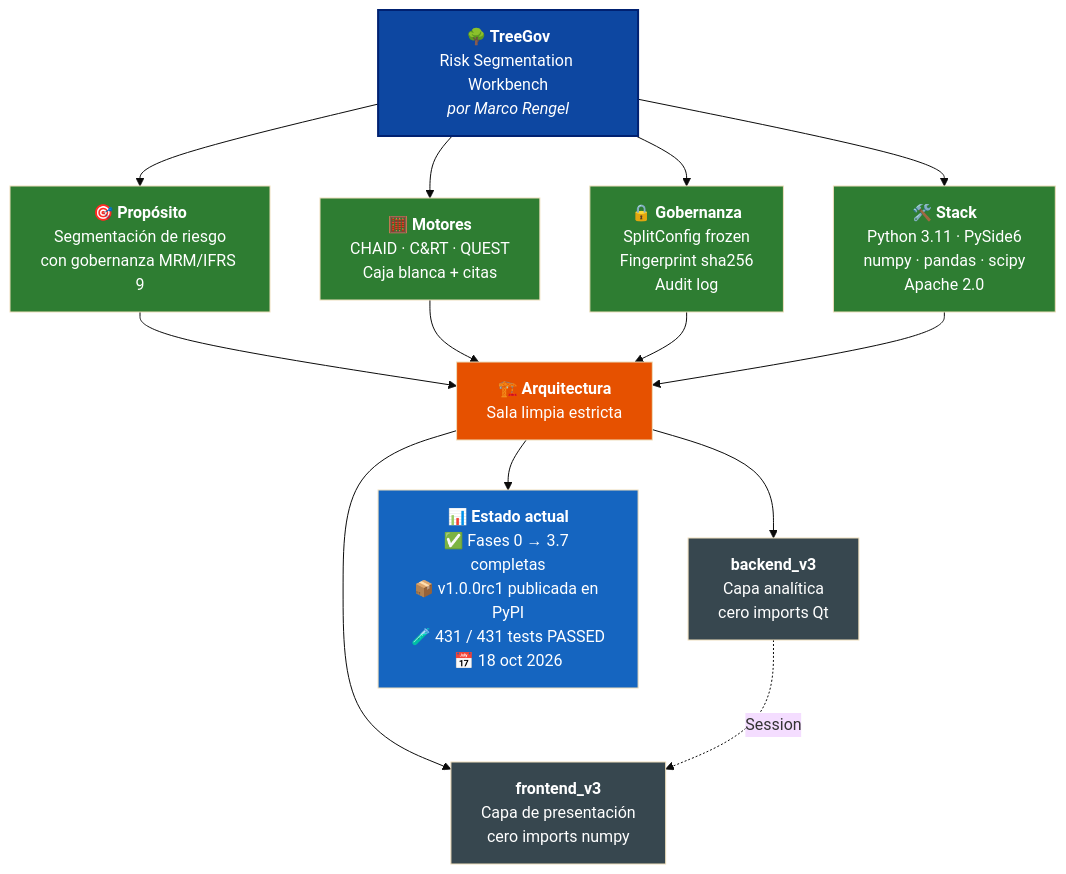
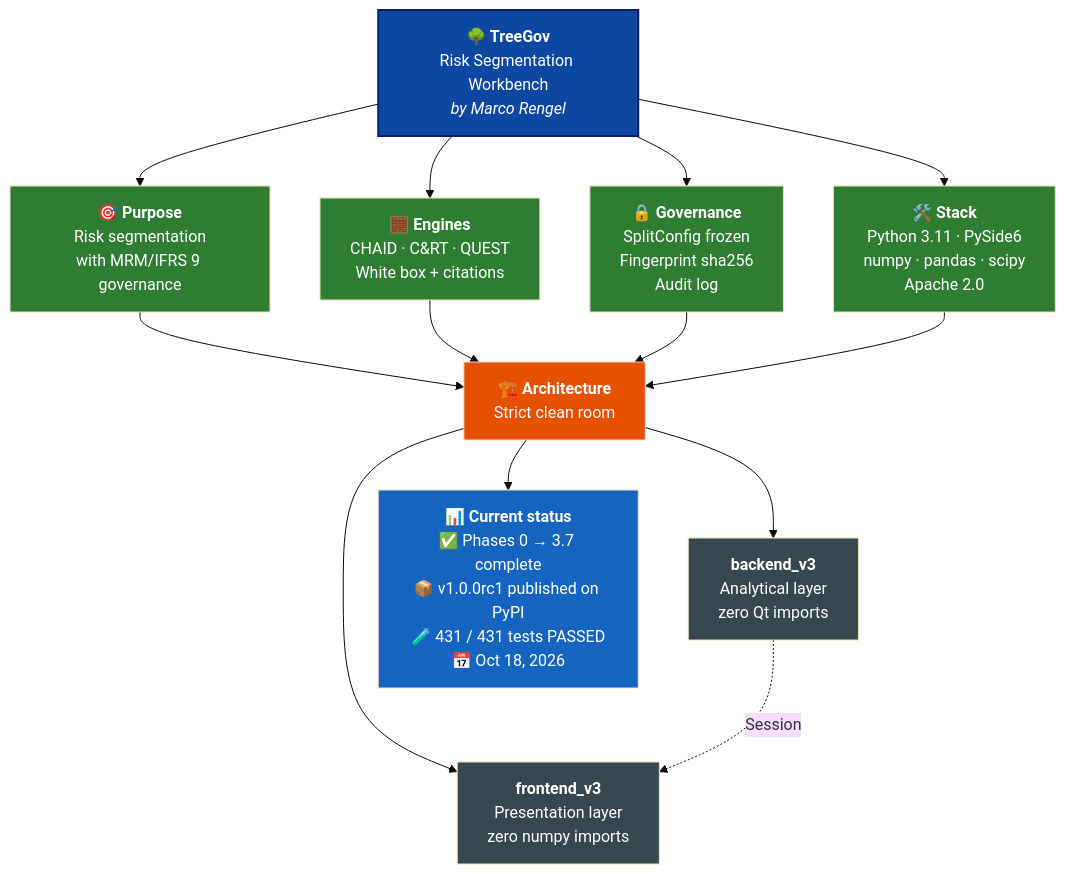
Before and after one commit to Marco-Rengel/treegov: the diagram in README.md, drawn with Mermaid (base theme).

Commit message:
docs: fix mermaid diagram translation in English README

````diff
--- a/README.md
+++ b/README.md
@@ -34,31 +34,31 @@
 ```mermaid
 flowchart TB
-    TG["<b>🌳 TreeGov</b><br/>Risk Segmentation Workbench<br/><i>por Marco Rengel</i>"]
+    TG["<b>🌳 TreeGov</b><br/>Risk Segmentation Workbench<br/><i>by Marco Rengel</i>"]
 
-    TG --> P["<b>🎯 Propósito</b><br/>Segmentación de riesgo<br/>con gobernanza MRM/IFRS 9"]
-    TG --> M["<b>🧮 Motores</b><br/>CHAID · C&RT · QUEST<br/>Caja blanca + citas"]
-    TG --> G["<b>🔒 Gobernanza</b><br/>SplitConfig frozen<br/>Fingerprint sha256<br/>Audit log"]
+    TG --> P["<b>🎯 Purpose</b><br/>Risk segmentation<br/>with MRM/IFRS 9 governance"]
+    TG --> M["<b>🧮 Engines</b><br/>CHAID · C&RT · QUEST<br/>White box + citations"]
+    TG --> G["<b>🔒 Governance</b><br/>SplitConfig frozen<br/>Fingerprint sha256<br/>Audit log"]
     TG --> S["<b>🛠️ Stack</b><br/>Python 3.11 · PySide6<br/>numpy · pandas · scipy<br/>Apache 2.0"]
 
-    P --> ARQ["<b>🏗️ Arquitectura</b><br/>Sala limpia estricta"]
+    P --> ARQ["<b>🏗️ Architecture</b><br/>Strict clean room"]
     M --> ARQ
     G --> ARQ
     S --> ARQ
 
-    ARQ --> BE["<b>backend_v3</b><br/>Capa analítica<br/>cero imports Qt"]
-    ARQ --> FE["<b>frontend_v3</b><br/>Capa de presentación<br/>cero imports numpy"]
+    ARQ --> BE["<b>backend_v3</b><br/>Analytical layer<br/>zero Qt imports"]
+    ARQ --> FE["<b>frontend_v3</b><br/>Presentation layer<br/>zero numpy imports"]
 
     BE -.->|Session| FE
 
-    ARQ --> ST["<b>📊 Estado actual</b><br/>✅ Fases 0 → 3.7 completas<br/>📦 v1.0.0rc1 publicada en PyPI<br/>🧪 431 / 431 tests PASSED<br/>📅 18 oct 2026"]
+    ARQ --> ST["<b>📊 Current status</b><br/>✅ Phases 0 → 3.7 complete<br/>📦 v1.0.0rc1 published on PyPI<br/>🧪 431 / 431 tests PASSED<br/>📅 Oct 18, 2026"]
 
     style TG fill:#0D47A1,color:#fff,stroke:#002171,stroke-width:2px
     style P fill:#2E7D32,color:#fff
     style M fill:#2E7D32,color:#fff
     style G fill:#2E7D32,color:#fff
     style S fill:#2E7D32,color:#fff
     style ARQ fill:#E65100,color:#fff
     style BE fill:#37474F,color:#fff
     style FE fill:#37474F,color:#fff
     style ST fill:#1565C0,color:#fff
 ```
````
